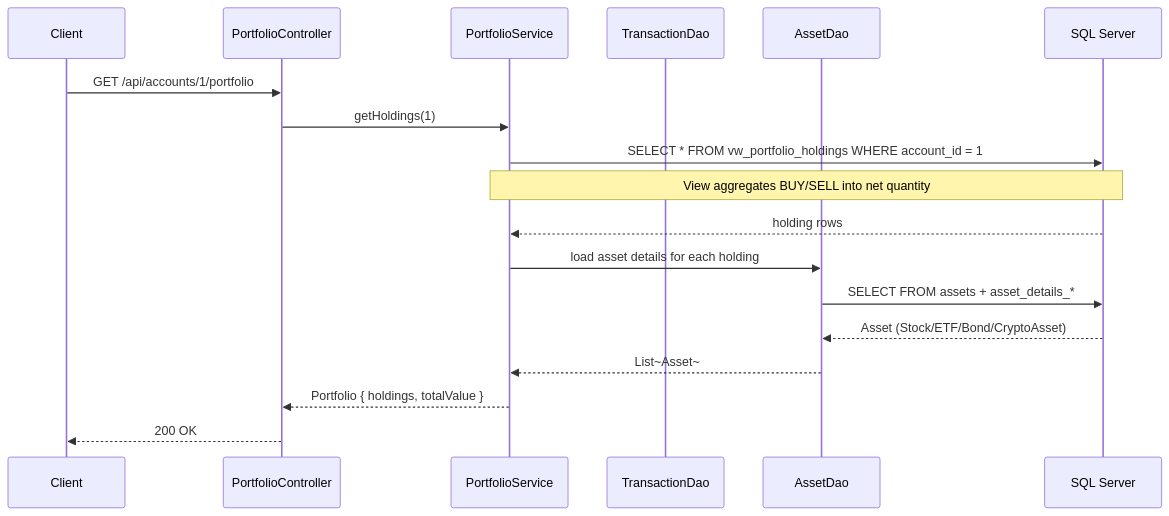
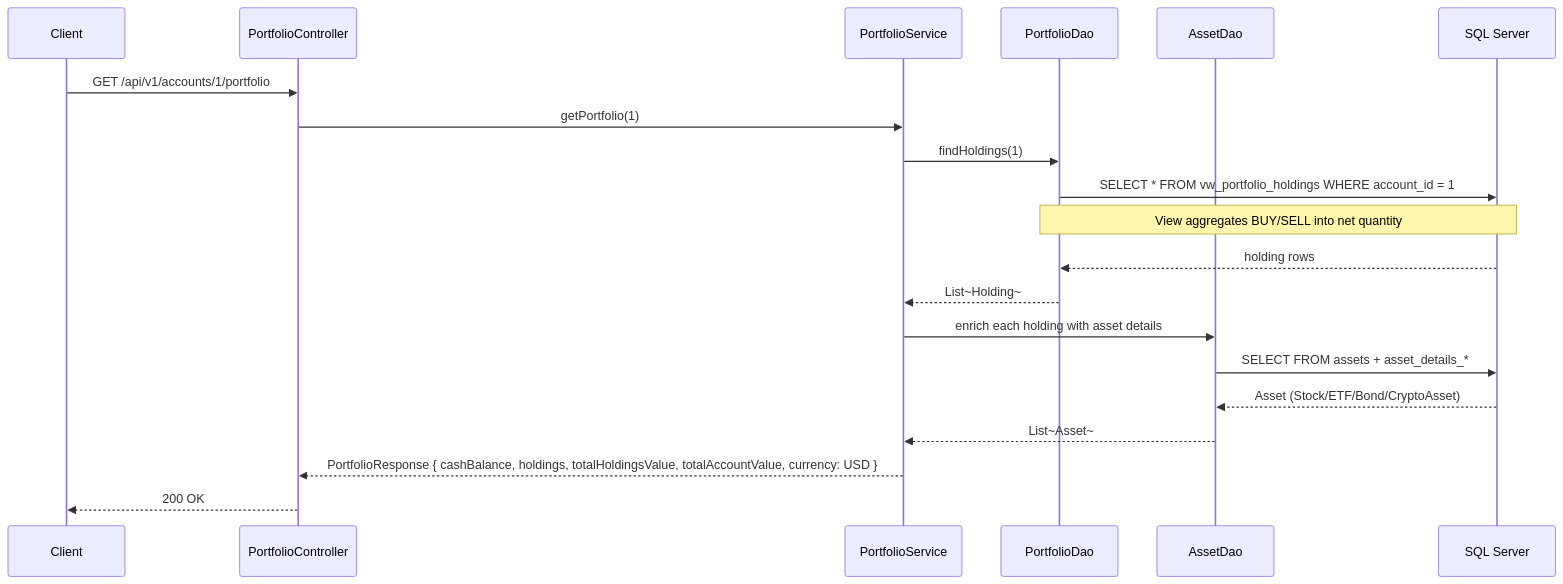
Before and after one commit to YasserDalali/joint-project: diagram 12 of 13 in uml.md, drawn with Mermaid. The commit also changed other lines of this file and 247 other files, not shown here.

````diff
--- a/uml.md
+++ b/uml.md
@@ -730,21 +812,23 @@
 ```mermaid
 sequenceDiagram
     participant Client
     participant PC as PortfolioController
     participant PS as PortfolioService
-    participant TD as TransactionDao
+    participant PD as PortfolioDao
     participant AsD as AssetDao
     participant DB as SQL Server
 
-    Client->>PC: GET /api/accounts/1/portfolio
-    PC->>PS: getHoldings(1)
-    PS->>DB: SELECT * FROM vw_portfolio_holdings WHERE account_id = 1
-    Note over PS,DB: View aggregates BUY/SELL into net quantity
-    DB-->>PS: holding rows
-    PS->>AsD: load asset details for each holding
+    Client->>PC: GET /api/v1/accounts/1/portfolio
+    PC->>PS: getPortfolio(1)
+    PS->>PD: findHoldings(1)
+    PD->>DB: SELECT * FROM vw_portfolio_holdings WHERE account_id = 1
+    Note over PD,DB: View aggregates BUY/SELL into net quantity
+    DB-->>PD: holding rows
+    PD-->>PS: List~Holding~
+    PS->>AsD: enrich each holding with asset details
     AsD->>DB: SELECT FROM assets + asset_details_*
     DB-->>AsD: Asset (Stock/ETF/Bond/CryptoAsset)
     AsD-->>PS: List~Asset~
-    PS-->>PC: Portfolio { holdings, totalValue }
+    PS-->>PC: PortfolioResponse { cashBalance, holdings, totalHoldingsValue, totalAccountValue, currency: USD }
     PC-->>Client: 200 OK
 ```
````
